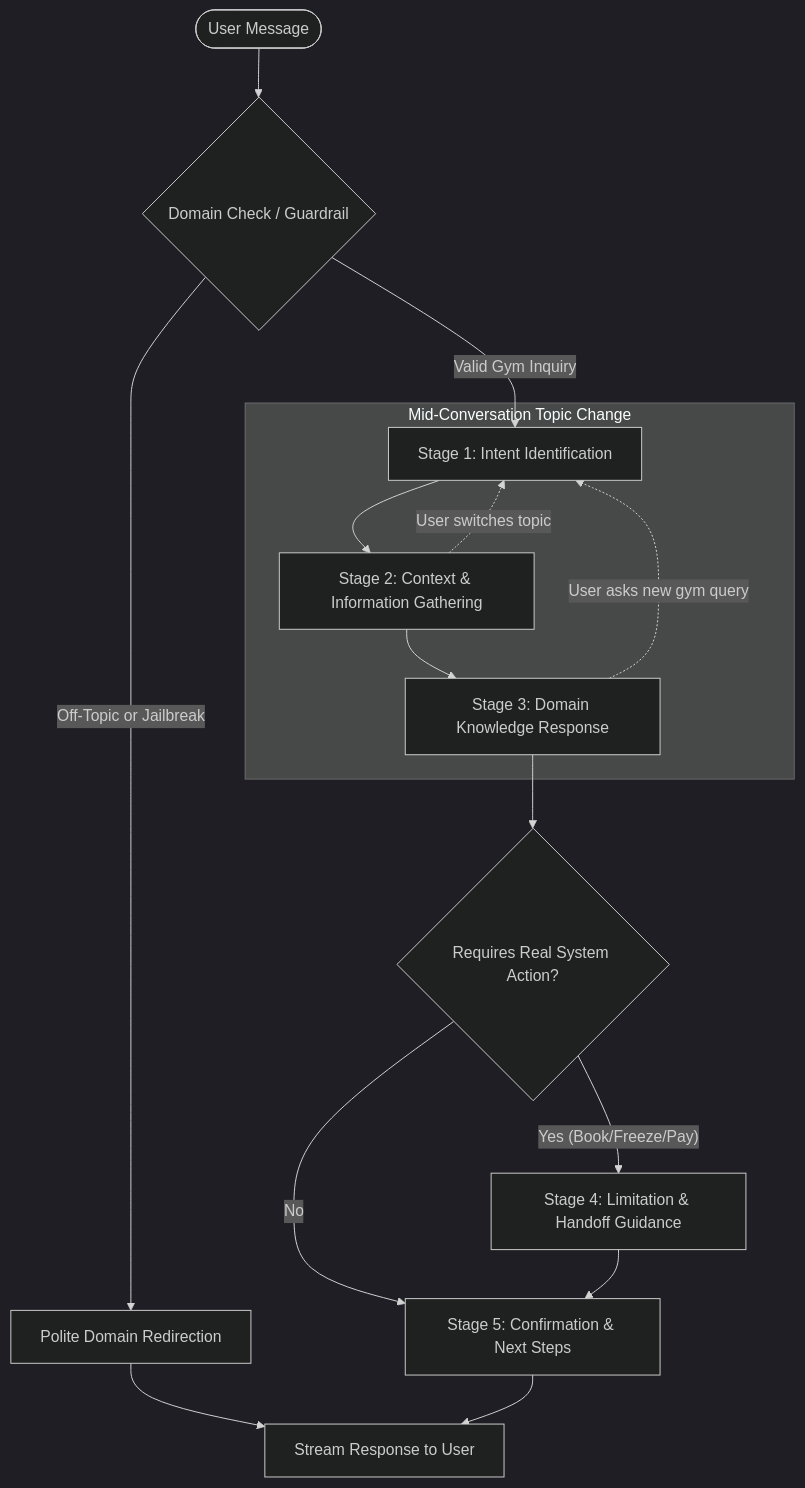
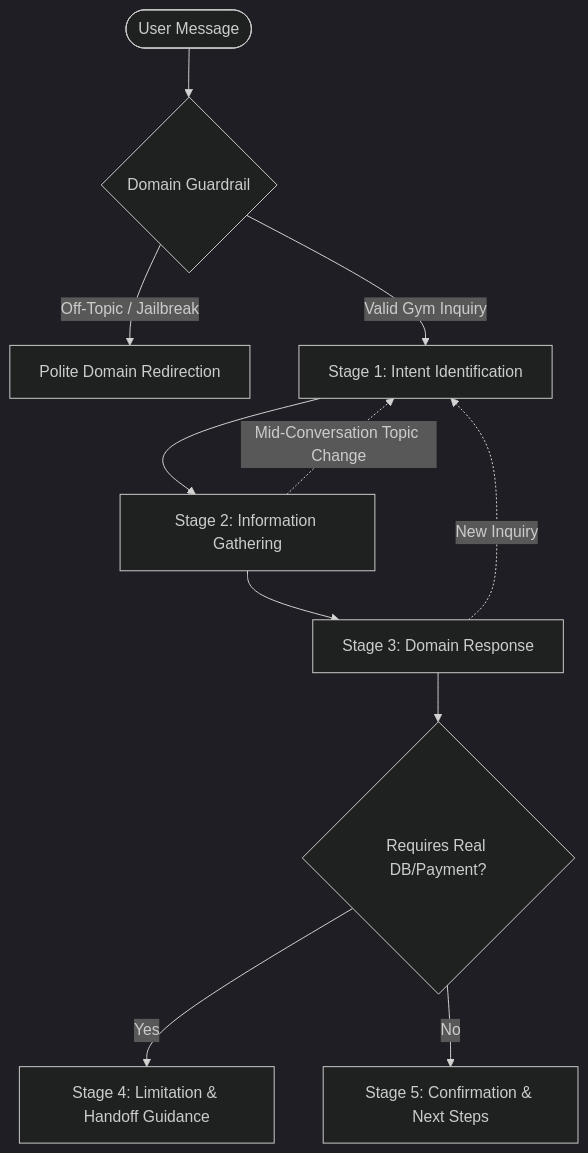
One commit to Haroon2697/NLP_A1 changed the second of 3 diagrams in README.md. Above: the diagram before and after it, drawn with Mermaid (dark theme). The commit also changed other lines of this file, not shown here.

````diff
--- a/README.md
+++ b/README.md
@@ -124,22 +123,14 @@
 ```mermaid
 flowchart TD
-    Start([User Message]) --> InputCheck{Domain Check / Guardrail}
-    InputCheck -- "Off-Topic or Jailbreak" --> Redirection[Polite Domain Redirection]
-    Redirection --> Output[Stream Response to User]
-
-    InputCheck -- "Valid Gym Inquiry" --> Stage1[Stage 1: Intent Identification]
-    Stage1 --> Stage2[Stage 2: Context & Information Gathering]
-    Stage2 --> Stage3[Stage 3: Domain Knowledge Response]
+    UserMsg([User Message]) --> Check{Domain Guardrail}
+    Check -- "Off-Topic / Jailbreak" --> Redirection[Polite Domain Redirection]
+    Check -- "Valid Gym Inquiry" --> Stage1[Stage 1: Intent Identification]
+    Stage1 --> Stage2[Stage 2: Information Gathering]
+    Stage2 --> Stage3[Stage 3: Domain Response]
+    Stage3 --> ActionCheck{Requires Real DB/Payment?}
+    ActionCheck -- Yes --> Stage4[Stage 4: Limitation & Handoff Guidance]
+    ActionCheck -- No --> Stage5[Stage 5: Confirmation & Next Steps]
     
-    Stage3 --> ActionCheck{Requires Real System Action?}
-    ActionCheck -- "Yes (Book/Freeze/Pay)" --> Stage4[Stage 4: Limitation & Handoff Guidance]
-    ActionCheck -- "No" --> Stage5[Stage 5: Confirmation & Next Steps]
-    
-    Stage4 --> Stage5
-    Stage5 --> Output
-
-    subgraph Mid-Conversation Topic Change
-        Stage2 -.->|User switches topic| Stage1
-        Stage3 -.->|User asks new gym query| Stage1
-    end
+    Stage2 -.->|Mid-Conversation Topic Change| Stage1
+    Stage3 -.->|New Inquiry| Stage1
 ```
````
